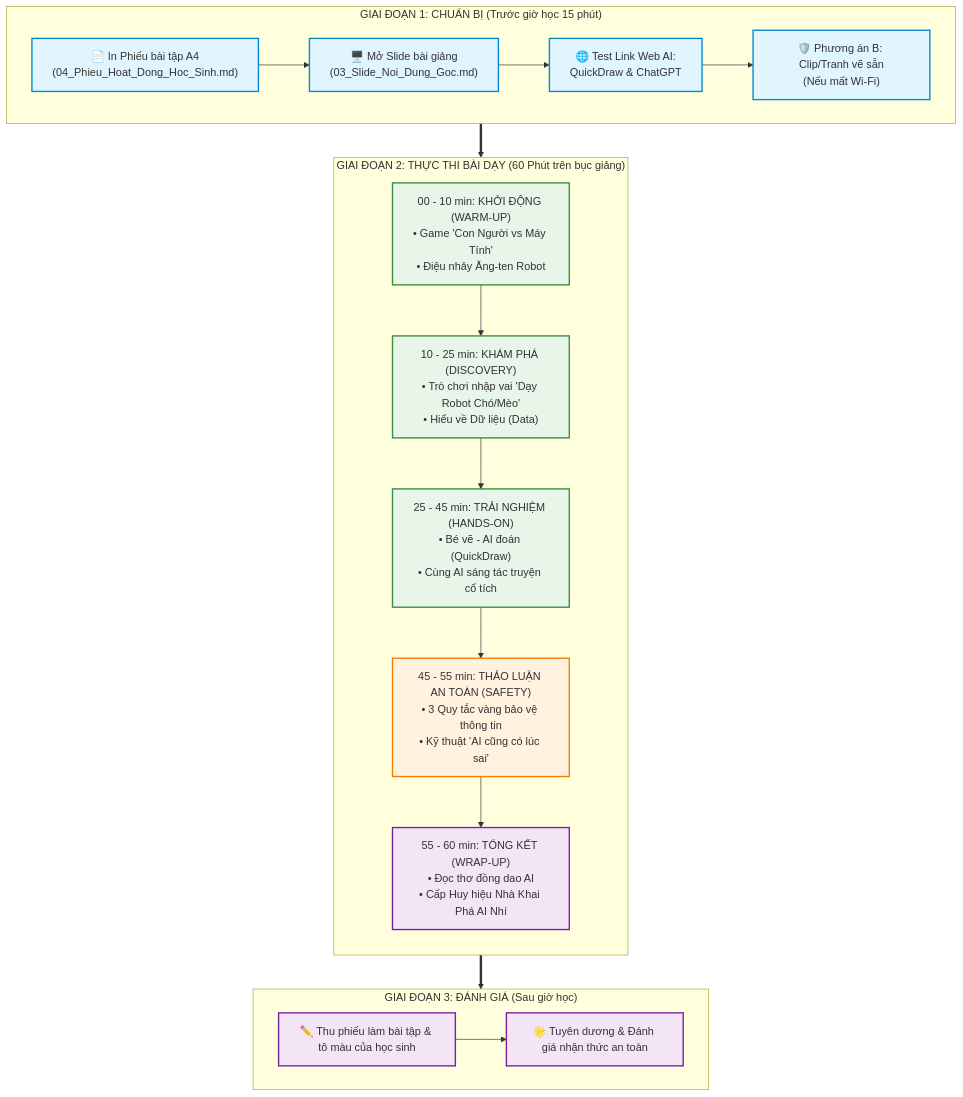
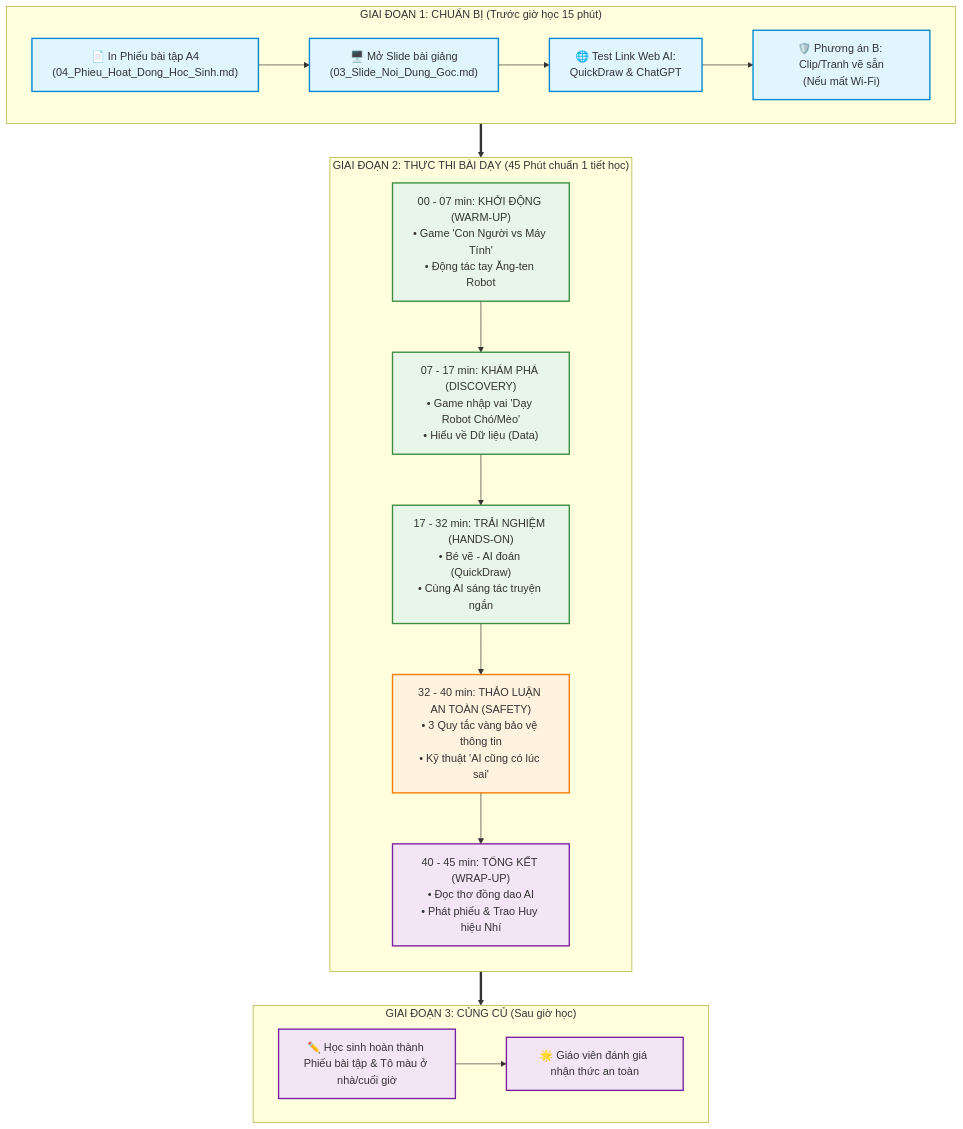
Before and after one commit to tranvanlong1999/AI: the diagram in 01_So_Do_Chien_Luoc_Bai_Giang.md, drawn with Mermaid. The commit also changed other lines of this file and 2 other files, not shown here.

````diff
--- a/01_So_Do_Chien_Luoc_Bai_Giang.md
+++ b/01_So_Do_Chien_Luoc_Bai_Giang.md
@@ -9,35 +9,35 @@
 ```mermaid
 flowchart TD
     classDef prep fill:#e1f5fe,stroke:#0288d1,stroke-width:2px;
     classDef teach fill:#e8f5e9,stroke:#388e3c,stroke-width:2px;
     classDef safe fill:#fff3e0,stroke:#f57c00,stroke-width:2px;
     classDef eval fill:#f3e5f5,stroke:#7b1fa2,stroke-width:2px;
 
     subgraph PHASE1 ["GIAI ĐOẠN 1: CHUẨN BỊ (Trước giờ học 15 phút)"]
         P1["📄 In Phiếu bài tập A4\n(04_Phieu_Hoat_Dong_Hoc_Sinh.md)"]:::prep
         P2["🖥️ Mở Slide bài giảng\n(03_Slide_Noi_Dung_Goc.md)"]:::prep
         P3["🌐 Test Link Web AI:\nQuickDraw & ChatGPT"]:::prep
         P4["🛡️ Phương án B: Clip/Tranh vẽ sẵn\n(Nếu mất Wi-Fi)"]:::prep
         P1 --> P2 --> P3 --> P4
     end
 
-    subgraph PHASE2 ["GIAI ĐOẠN 2: THỰC THI BÀI DẠY (60 Phút trên bục giảng)"]
+    subgraph PHASE2 ["GIAI ĐOẠN 2: THỰC THI BÀI DẠY (45 Phút chuẩn 1 tiết học)"]
         direction TB
-        T1["00 - 10 min: KHỞI ĐỘNG (WARM-UP)\n• Game 'Con Người vs Máy Tính'\n• Điệu nhảy Ăng-ten Robot"]:::teach
-        T2["10 - 25 min: KHÁM PHÁ (DISCOVERY)\n• Trò chơi nhập vai 'Dạy Robot Chó/Mèo'\n• Hiểu về Dữ liệu (Data)"]:::teach
-        T3["25 - 45 min: TRẢI NGHIỆM (HANDS-ON)\n• Bé vẽ - AI đoán (QuickDraw)\n• Cùng AI sáng tác truyện cổ tích"]:::teach
-        T4["45 - 55 min: THẢO LUẬN AN TOÀN (SAFETY)\n• 3 Quy tắc vàng bảo vệ thông tin\n• Kỹ thuật 'AI cũng có lúc sai'"]:::safe
-        T5["55 - 60 min: TỔNG KẾT (WRAP-UP)\n• Đọc thơ đồng dao AI\n• Cấp Huy hiệu Nhà Khai Phá AI Nhí"]:::eval
+        T1["00 - 07 min: KHỞI ĐỘNG (WARM-UP)\n• Game 'Con Người vs Máy Tính'\n• Động tác tay Ăng-ten Robot"]:::teach
+        T2["07 - 17 min: KHÁM PHÁ (DISCOVERY)\n• Game nhập vai 'Dạy Robot Chó/Mèo'\n• Hiểu về Dữ liệu (Data)"]:::teach
+        T3["17 - 32 min: TRẢI NGHIỆM (HANDS-ON)\n• Bé vẽ - AI đoán (QuickDraw)\n• Cùng AI sáng tác truyện ngắn"]:::teach
+        T4["32 - 40 min: THẢO LUẬN AN TOÀN (SAFETY)\n• 3 Quy tắc vàng bảo vệ thông tin\n• Kỹ thuật 'AI cũng có lúc sai'"]:::safe
+        T5["40 - 45 min: TỔNG KẾT (WRAP-UP)\n• Đọc thơ đồng dao AI\n• Phát phiếu & Trao Huy hiệu Nhí"]:::eval
         
         T1 --> T2 --> T3 --> T4 --> T5
     end
 
-    subgraph PHASE3 ["GIAI ĐOẠN 3: ĐÁNH GIÁ (Sau giờ học)"]
-        E1["✏️ Thu phiếu làm bài tập & tô màu của học sinh"]:::eval
-        E2["🌟 Tuyên dương & Đánh giá nhận thức an toàn"]:::eval
+    subgraph PHASE3 ["GIAI ĐOẠN 3: CỦNG CỦ (Sau giờ học)"]
+        E1["✏️ Học sinh hoàn thành Phiếu bài tập & Tô màu ở nhà/cuối giờ"]:::eval
+        E2["🌟 Giáo viên đánh giá nhận thức an toàn"]:::eval
         E1 --> E2
     end
 
     PHASE1 ==> PHASE2
     PHASE2 ==> PHASE3
 ```
````
